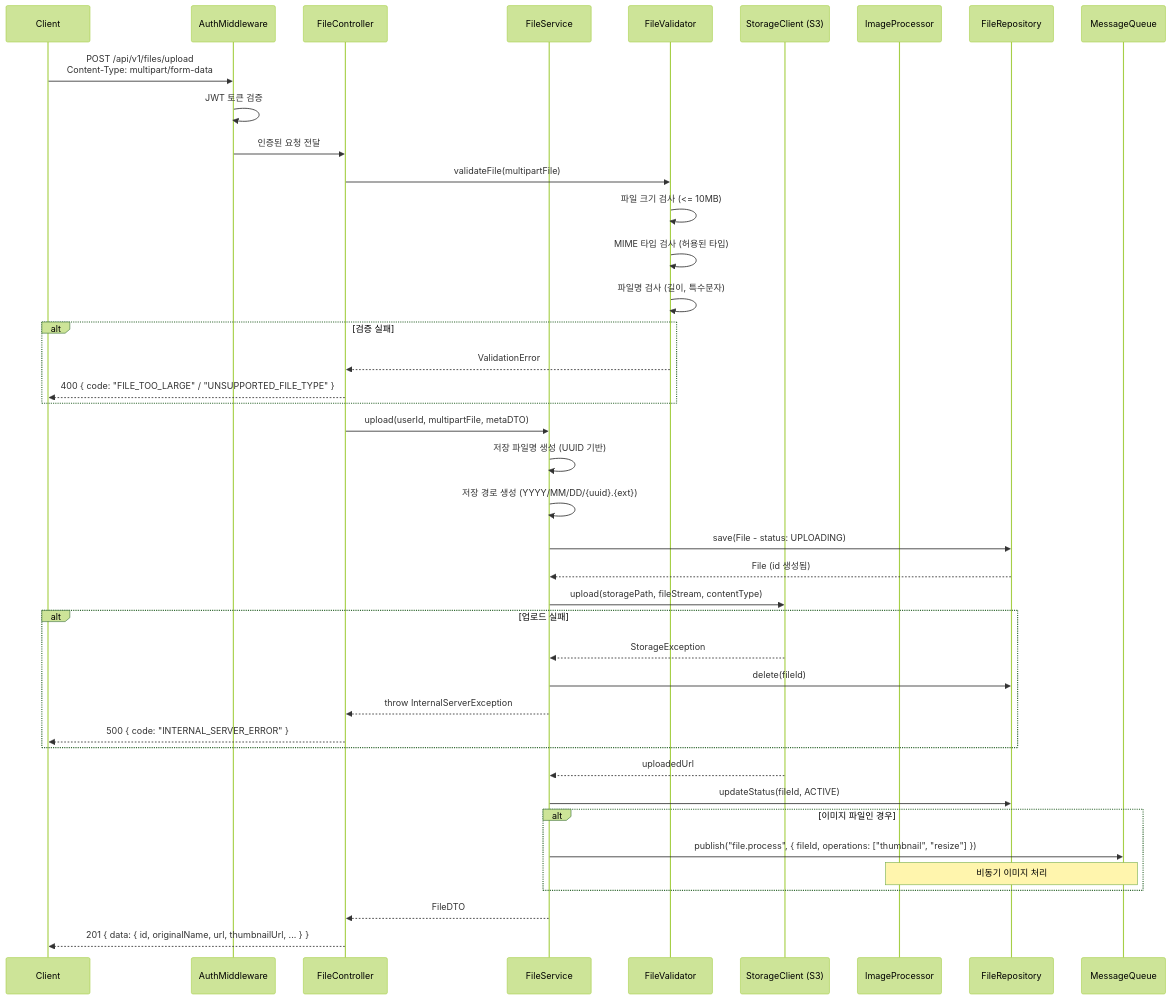
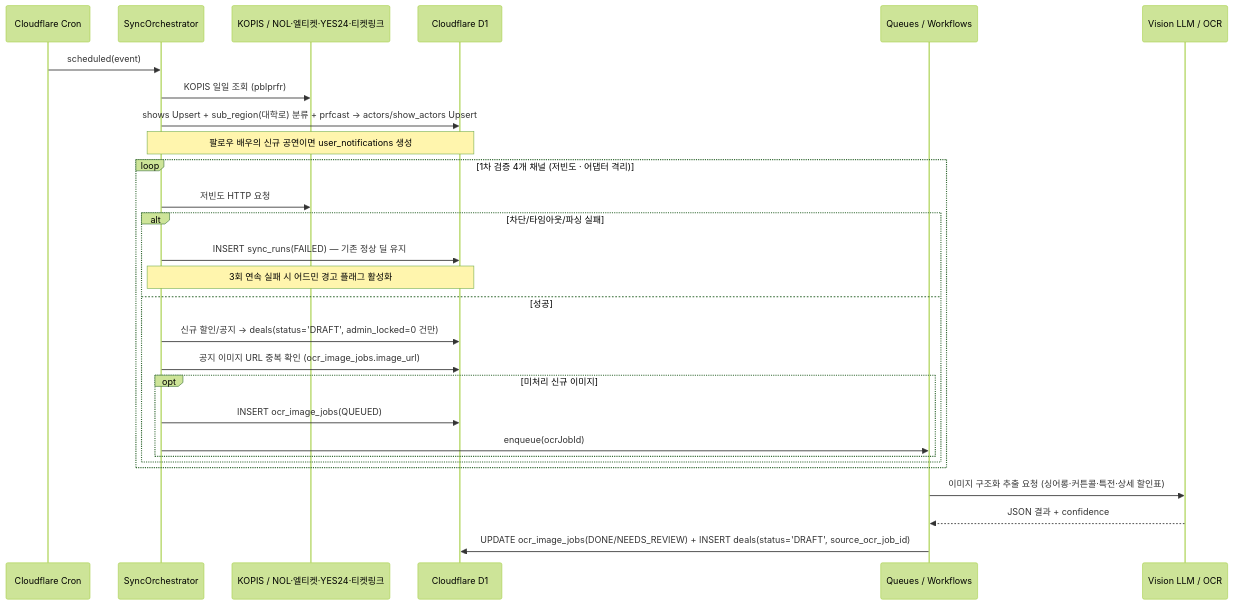
The second of 4 diagrams in waterfall/03-상세설계/상세설계서.md (enhn16/MuDeal), drawn with Mermaid (forest theme) before and after one commit. The commit also changed other lines of this file and 11 other files, not shown here.

````diff
--- a/waterfall/03-상세설계/상세설계서.md
+++ b/waterfall/03-상세설계/상세설계서.md
@@ -540,52 +98,33 @@
 ```mermaid
 sequenceDiagram
-    participant Client
-    participant MW as AuthMiddleware
-    participant Controller as FileController
-    participant Service as FileService
-    participant Validator as FileValidator
-    participant Storage as StorageClient (S3)
-    participant ImageProc as ImageProcessor
-    participant FileRepo as FileRepository
-    participant MQ as MessageQueue
+    participant Cron as Cloudflare Cron
+    participant Sync as SyncOrchestrator
+    participant Ext as KOPIS / NOL·엘티켓·YES24·티켓링크
+    participant D1 as Cloudflare D1
+    participant Q as Queues / Workflows
+    participant Vision as Vision LLM / OCR
 
-    Client->>MW: POST /api/v1/files/upload<br/>Content-Type: multipart/form-data
-    MW->>MW: JWT 토큰 검증
-    MW->>Controller: 인증된 요청 전달
+    Cron->>Sync: scheduled(event)
+    Sync->>Ext: KOPIS 일일 조회 (pblprfr)
+    Sync->>D1: shows Upsert + sub_region(대학로) 분류 + prfcast → actors/show_actors Upsert
+    Note over Sync,D1: 팔로우 배우의 신규 공연이면 user_notifications 생성
 
-    Controller->>Validator: validateFile(multipartFile)
-    Validator->>Validator: 파일 크기 검사 (<= 10MB)
-    Validator->>Validator: MIME 타입 검사 (허용된 타입)
-    Validator->>Validator: 파일명 검사 (길이, 특수문자)
-    alt 검증 실패
-        Validator-->>Controller: ValidationError
-        Controller-->>Client: 400 { code: "FILE_TOO_LARGE" / "UNSUPPORTED_FILE_TYPE" }
+    loop 1차 검증 4개 채널 (저빈도 · 어댑터 격리)
+        Sync->>Ext: 저빈도 HTTP 요청
+        alt 차단/타임아웃/파싱 실패
+            Sync->>D1: INSERT sync_runs(FAILED) — 기존 정상 딜 유지
+            Note over Sync,D1: 3회 연속 실패 시 어드민 경고 플래그 활성화
+        else 성공
+            Sync->>D1: 신규 할인/공지 → deals(status='DRAFT', admin_locked=0 건만)
+            Sync->>D1: 공지 이미지 URL 중복 확인 (ocr_image_jobs.image_url)
+            opt 미처리 신규 이미지
+                Sync->>D1: INSERT ocr_image_jobs(QUEUED)
+                Sync->>Q: enqueue(ocrJobId)
+            end
+        end
     end
 
-    Controller->>Service: upload(userId, multipartFile, metaDTO)
-
-    Service->>Service: 저장 파일명 생성 (UUID 기반)
-    Service->>Service: 저장 경로 생성 (YYYY/MM/DD/{uuid}.{ext})
-
-    Service->>FileRepo: save(File - status: UPLOADING)
-    FileRepo-->>Service: File (id 생성됨)
-
-    Service->>Storage: upload(storagePath, fileStream, contentType)
-    alt 업로드 실패
-        Storage-->>Service: StorageException
-        Service->>FileRepo: delete(fileId)
-        Service-->>Controller: throw InternalServerException
-        Controller-->>Client: 500 { code: "INTERNAL_SERVER_ERROR" }
-    end
-    Storage-->>Service: uploadedUrl
-
-    Service->>FileRepo: updateStatus(fileId, ACTIVE)
-
-    alt 이미지 파일인 경우
-        Service->>MQ: publish("file.process", { fileId, operations: ["thumbnail", "resize"] })
-        Note over MQ,ImageProc: 비동기 이미지 처리
-    end
-
-    Service-->>Controller: FileDTO
-    Controller-->>Client: 201 { data: { id, originalName, url, thumbnailUrl, ... } }
+    Q->>Vision: 이미지 구조화 추출 요청 (싱어롱·커튼콜·특전·상세 할인표)
+    Vision-->>Q: JSON 결과 + confidence
+    Q->>D1: UPDATE ocr_image_jobs(DONE/NEEDS_REVIEW) + INSERT deals(status='DRAFT', source_ocr_job_id)
 ```
````
